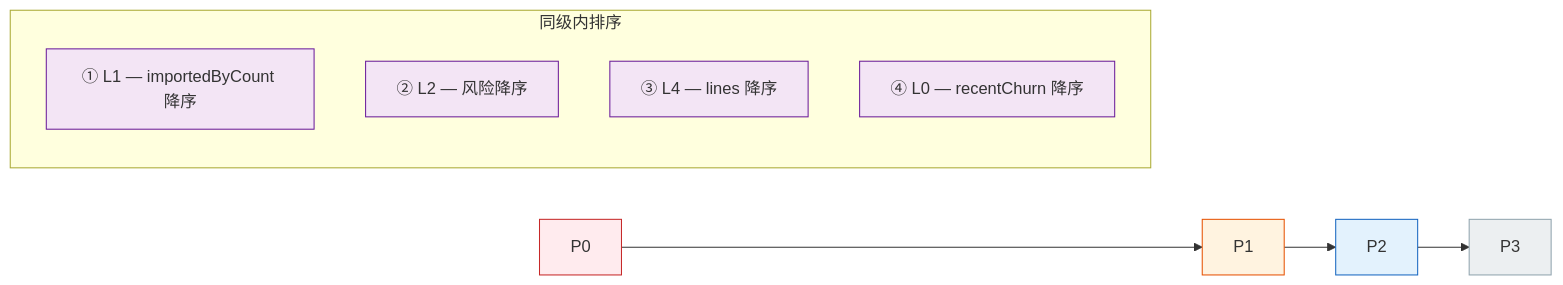
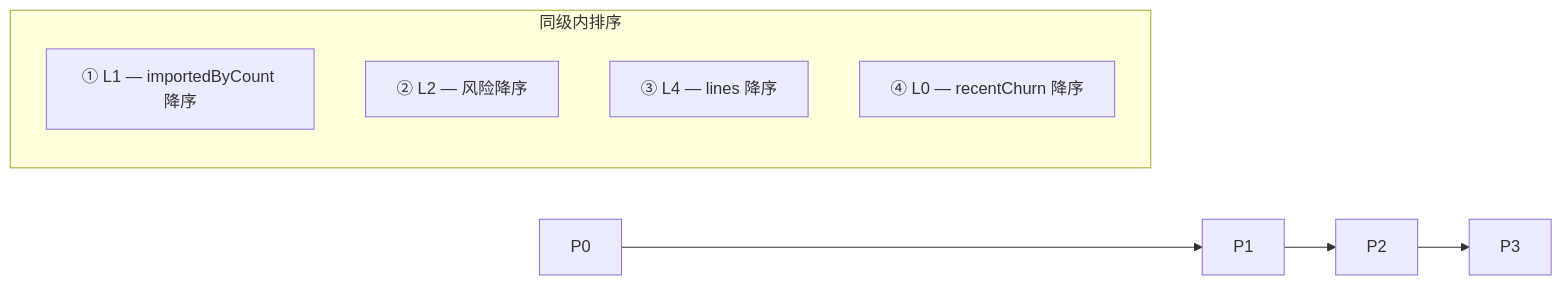
One commit to effiy/YrY changed the eighth of 9 diagrams in skills/rui/ranking.md. Above: the diagram before and after it, drawn with Mermaid. The commit also changed other lines of this file and 61 other files, not shown here.

````diff
--- a/skills/rui/ranking.md
+++ b/skills/rui/ranking.md
@@ -297,18 +277,13 @@
 ```mermaid
 flowchart LR
     P0["P0"]:::p0 --> P1["P1"]:::p1 --> P2["P2"]:::p2 --> P3["P3"]:::p3
 
     subgraph 同级排序["同级内排序"]
         direction TB
         S1["① L1 — importedByCount 降序"]:::rule
         S2["② L2 — 风险降序"]:::rule
         S3["③ L4 — lines 降序"]:::rule
         S4["④ L0 — recentChurn 降序"]:::rule
     end
 
-    classDef p0 fill:#ffebee,stroke:#c62828;
-    classDef p1 fill:#fff3e0,stroke:#e65100;
-    classDef p2 fill:#e3f2fd,stroke:#1565c0;
-    classDef p3 fill:#eceff1,stroke:#90a4ae;
-    classDef rule fill:#f3e5f5,stroke:#6a1b9a;
 ```
````
